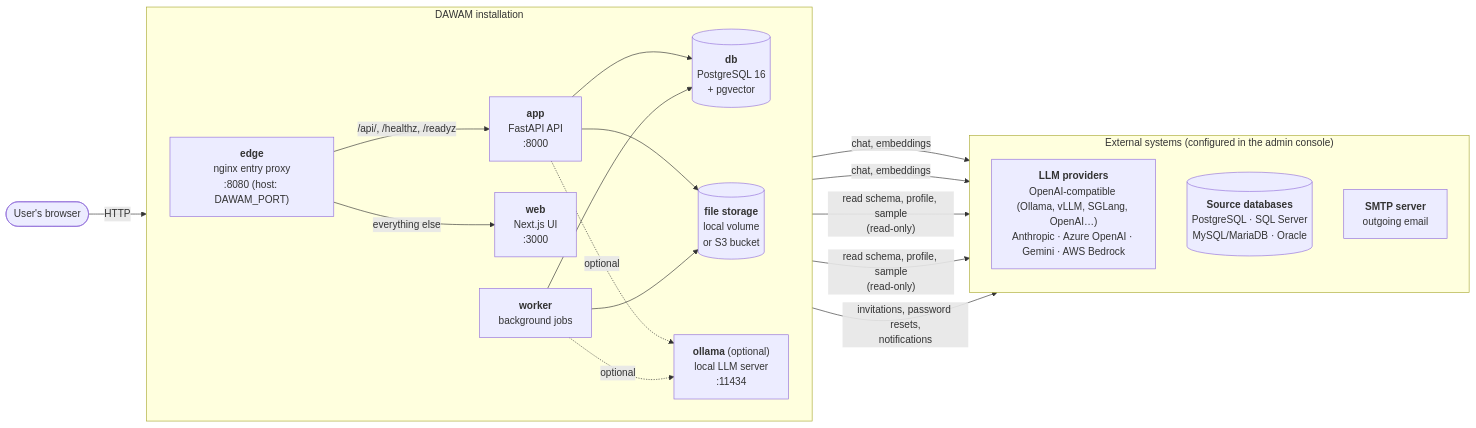
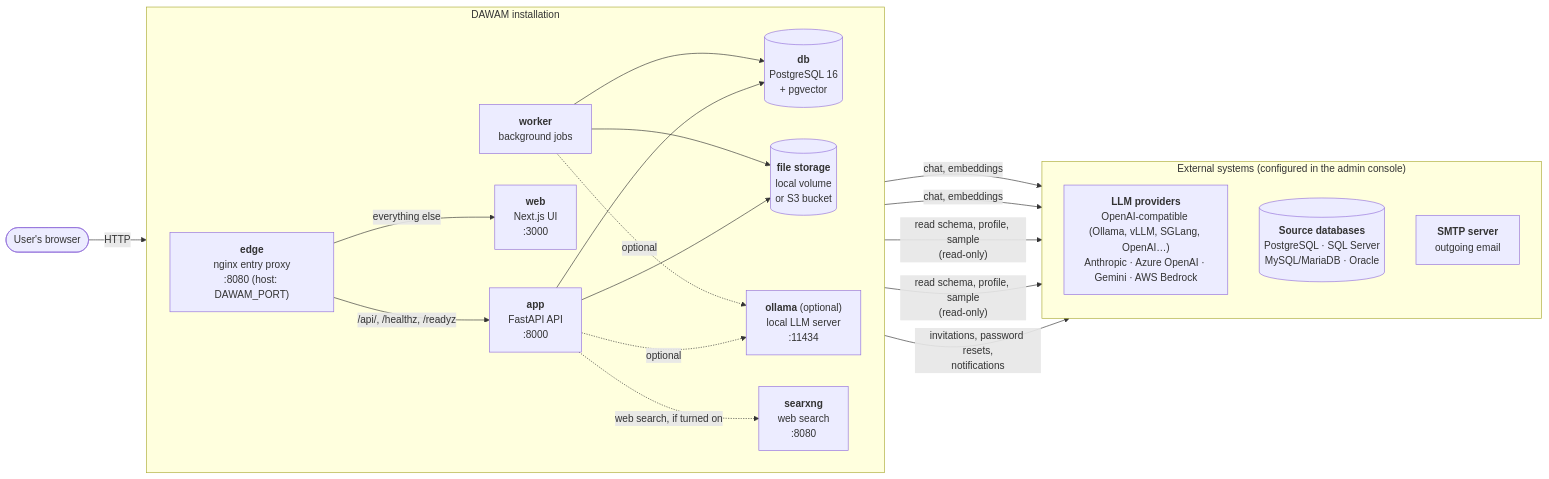
The diagram in deploy/README.md (EslamAlaaZaki/dawam), drawn with Mermaid before and after one commit. The commit also changed other lines of this file and 6 other files, not shown here.

````diff
--- a/deploy/README.md
+++ b/deploy/README.md
@@ -24,41 +24,43 @@
 ```mermaid
 flowchart LR
     user(["User's browser"])
 
     subgraph dawam["DAWAM installation"]
         direction LR
         edge["<b>edge</b><br/>nginx entry proxy<br/>:8080 (host: DAWAM_PORT)"]
         web["<b>web</b><br/>Next.js UI<br/>:3000"]
         app["<b>app</b><br/>FastAPI API<br/>:8000"]
         worker["<b>worker</b><br/>background jobs"]
         db[("<b>db</b><br/>PostgreSQL 16<br/>+ pgvector")]
         files[("<b>file storage</b><br/>local volume<br/>or S3 bucket")]
         ollama["<b>ollama</b> (optional)<br/>local LLM server<br/>:11434"]
+        searxng["<b>searxng</b><br/>web search<br/>:8080"]
     end
 
     subgraph external["External systems (configured in the admin console)"]
         direction TB
         llm["<b>LLM providers</b><br/>OpenAI-compatible (Ollama, vLLM, SGLang, OpenAI…)<br/>Anthropic · Azure OpenAI · Gemini · AWS Bedrock"]
         sources[("<b>Source databases</b><br/>PostgreSQL · SQL Server<br/>MySQL/MariaDB · Oracle")]
         smtp["<b>SMTP server</b><br/>outgoing email"]
     end
 
     user -- "HTTP" --> edge
     edge -- "/api/, /healthz, /readyz" --> app
     edge -- "everything else" --> web
 
     app --> db
     worker --> db
     app --> files
     worker --> files
 
     app -- "chat, embeddings" --> llm
     worker -- "chat, embeddings" --> llm
     app -. "optional" .-> ollama
     worker -. "optional" .-> ollama
+    app -. "web search, if turned on" .-> searxng
 
     app -- "read schema, profile, sample<br/>(read-only)" --> sources
     worker -- "read schema, profile, sample<br/>(read-only)" --> sources
 
     app -- "invitations, password resets,<br/>notifications" --> smtp
 ```
````
